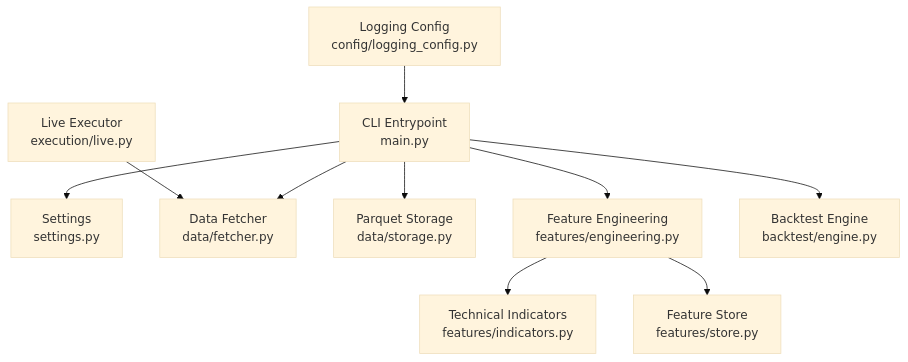
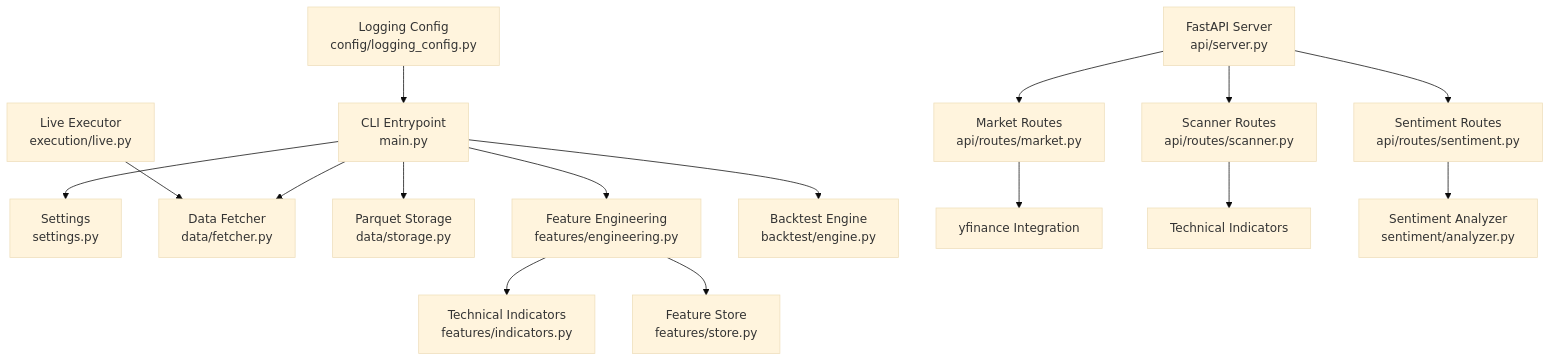
The first of 14 diagrams in .qoder/repowiki/en/content/Data Management/Data Management.md (cavraeg-eng/Trading-App), drawn with Mermaid (base theme) before and after one commit. The commit also changed other lines of this file and 50 other files, not shown here.

````diff
--- a/.qoder/repowiki/en/content/Data Management/Data Management.md
+++ b/.qoder/repowiki/en/content/Data Management/Data Management.md
@@ -46,12 +68,18 @@
 ```mermaid
 graph TB
 CLI["CLI Entrypoint<br/>main.py"] --> CFG["Settings<br/>settings.py"]
 CLI --> DF["Data Fetcher<br/>data/fetcher.py"]
 CLI --> PS["Parquet Storage<br/>data/storage.py"]
 CLI --> FE["Feature Engineering<br/>features/engineering.py"]
 FE --> TI["Technical Indicators<br/>features/indicators.py"]
 FE --> FS["Feature Store<br/>features/store.py"]
 CLI --> BT["Backtest Engine<br/>backtest/engine.py"]
 EXEC["Live Executor<br/>execution/live.py"] --> DF
+API["FastAPI Server<br/>api/server.py"] --> MARKET["Market Routes<br/>api/routes/market.py"]
+API --> SCANNER["Scanner Routes<br/>api/routes/scanner.py"]
+API --> SENTIMENT["Sentiment Routes<br/>api/routes/sentiment.py"]
+MARKET --> YFINANCE["yfinance Integration"]
+SCANNER --> INDICATORS["Technical Indicators"]
+SENTIMENT --> ANALYZER["Sentiment Analyzer<br/>sentiment/analyzer.py"]
 LOG["Logging Config<br/>config/logging_config.py"] --> CLI
 ```
````
